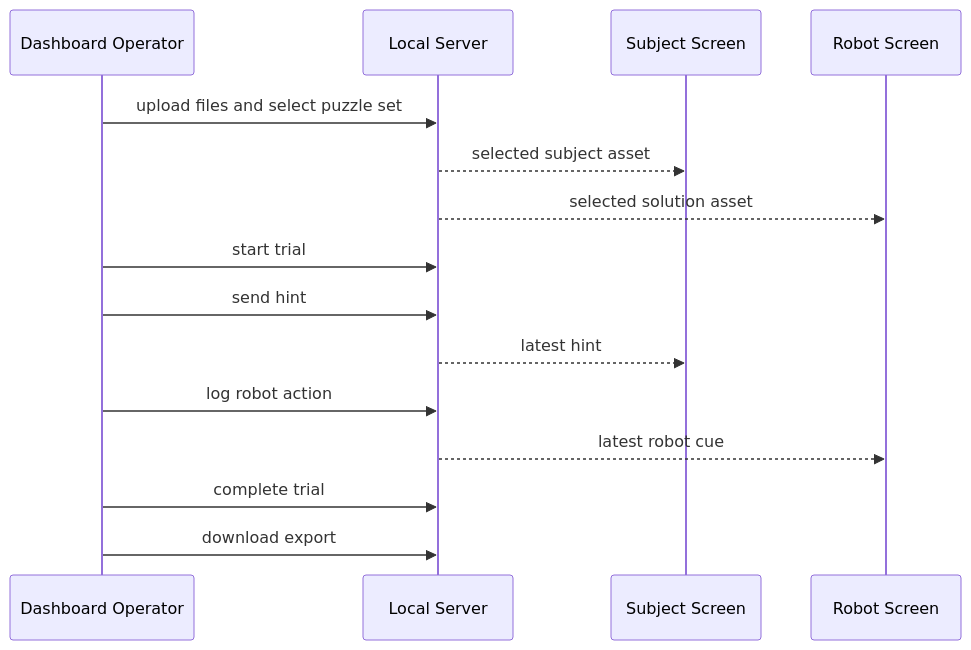
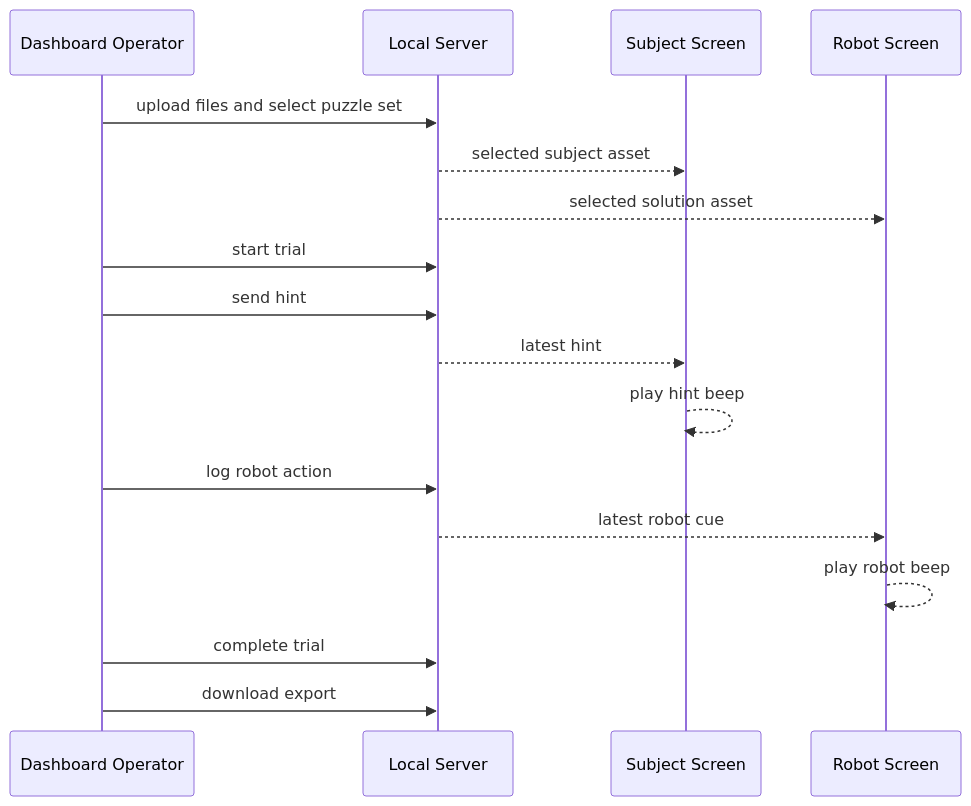
One commit to shrijacked/wizard-of-oz-control-app changed the third of 3 diagrams in docs/architecture.md. Above: the diagram before and after it, drawn with Mermaid. The commit also changed other lines of this file and 15 other files, not shown here.

````diff
--- a/docs/architecture.md
+++ b/docs/architecture.md
@@ -118,18 +121,20 @@
 ```mermaid
 sequenceDiagram
     participant Admin as Dashboard Operator
     participant Server as Local Server
     participant Subject as Subject Screen
     participant Robot as Robot Screen
 
     Admin->>Server: upload files and select puzzle set
     Server-->>Subject: selected subject asset
     Server-->>Robot: selected solution asset
     Admin->>Server: start trial
     Admin->>Server: send hint
     Server-->>Subject: latest hint
+    Subject-->>Subject: play hint beep
     Admin->>Server: log robot action
     Server-->>Robot: latest robot cue
+    Robot-->>Robot: play robot beep
     Admin->>Server: complete trial
     Admin->>Server: download export
 ```
````
